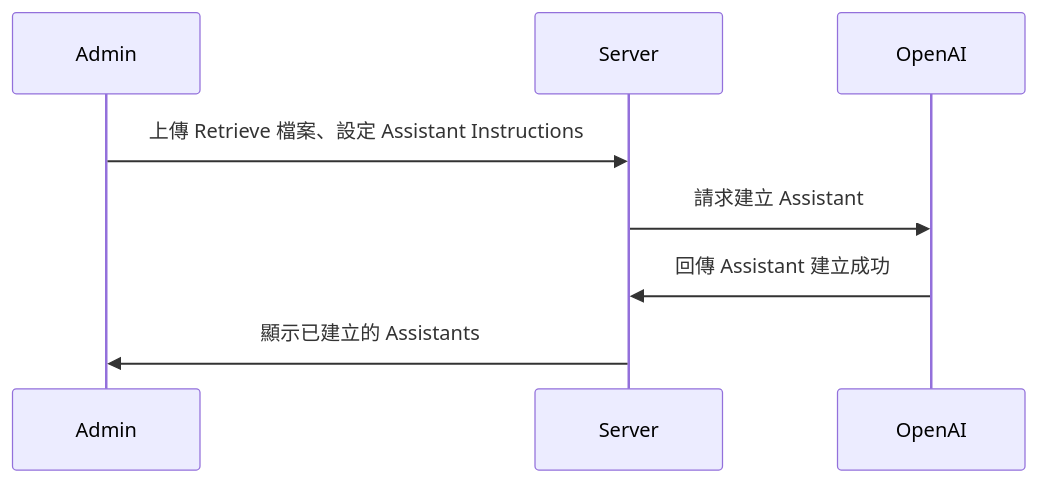
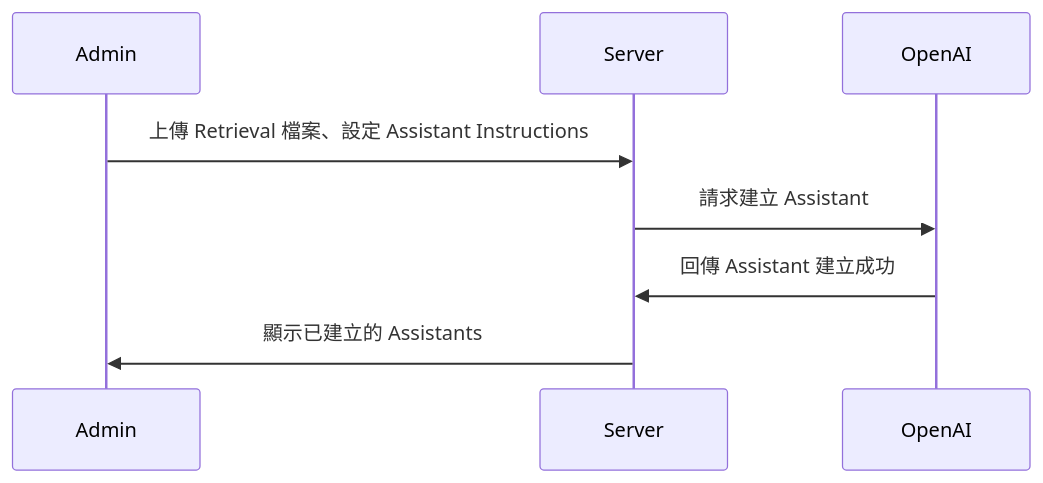
The second of 3 diagrams in docs/ai/openai/travel-recommendation.md (weberyanglalala/vitpress-dev-notes), drawn with Mermaid before and after one commit. The commit also changed other lines of this file and 5 other files, not shown here.

````diff
--- a/docs/ai/openai/travel-recommendation.md
+++ b/docs/ai/openai/travel-recommendation.md
@@ -237,10 +235,10 @@
 ```mermaid
 sequenceDiagram
     participant Admin
     participant Server
     participant OpenAI
-    Admin ->> Server: 上傳 Retrieve 檔案、設定 Assistant Instructions
+    Admin ->> Server: 上傳 Retrieval 檔案、設定 Assistant Instructions
     Server ->> OpenAI:  請求建立 Assistant
     OpenAI ->> Server: 回傳 Assistant 建立成功
     Server ->> Admin: 顯示已建立的 Assistants
 ```
````
